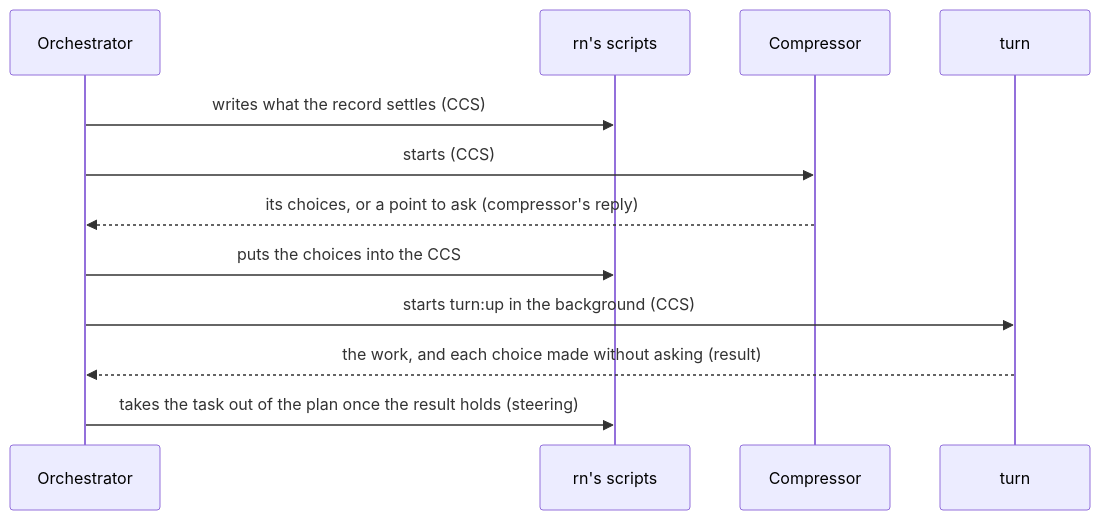
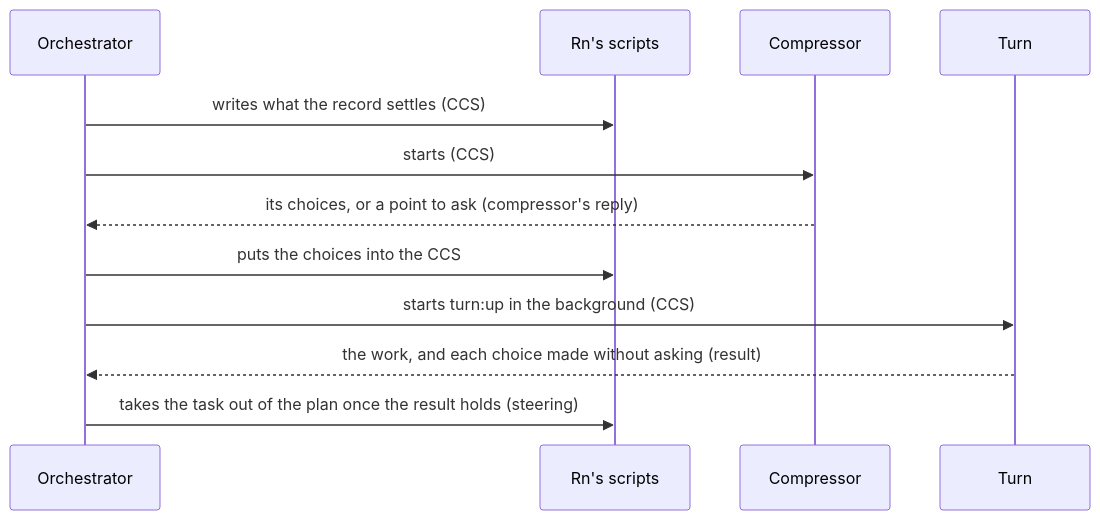
Before and after one commit to lovaizu/ccpm: the third of 5 diagrams in dev/rn/architecture.md, drawn with Mermaid. The commit also changed other lines of this file and 29 other files, not shown here.

````diff
--- a/dev/rn/architecture.md
+++ b/dev/rn/architecture.md
@@ -155,14 +155,14 @@
 ```mermaid
 sequenceDiagram
   participant O as Orchestrator
-  participant S as rn's scripts
+  participant S as Rn's scripts
   participant C as Compressor
-  participant T as turn
+  participant T as Turn
   O->>S: writes what the record settles (CCS)
   O->>C: starts (CCS)
   C-->>O: its choices, or a point to ask (compressor's reply)
   O->>S: puts the choices into the CCS
   O->>T: starts turn:up in the background (CCS)
   T-->>O: the work, and each choice made without asking (result)
   O->>S: takes the task out of the plan once the result holds (steering)
 ```
````
